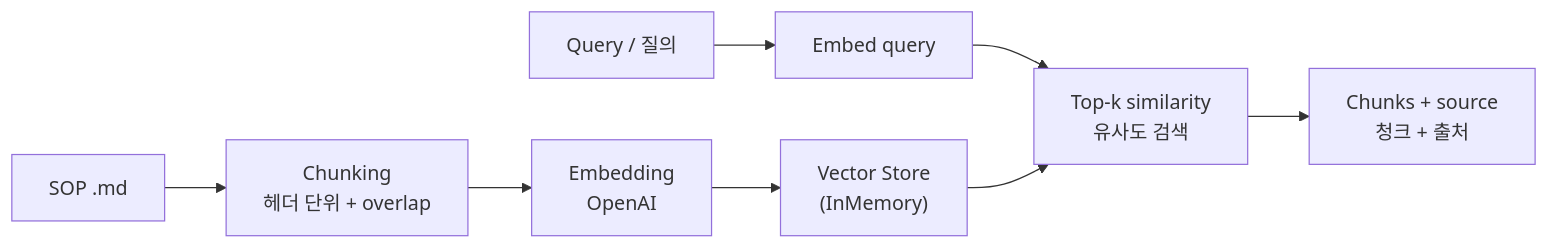
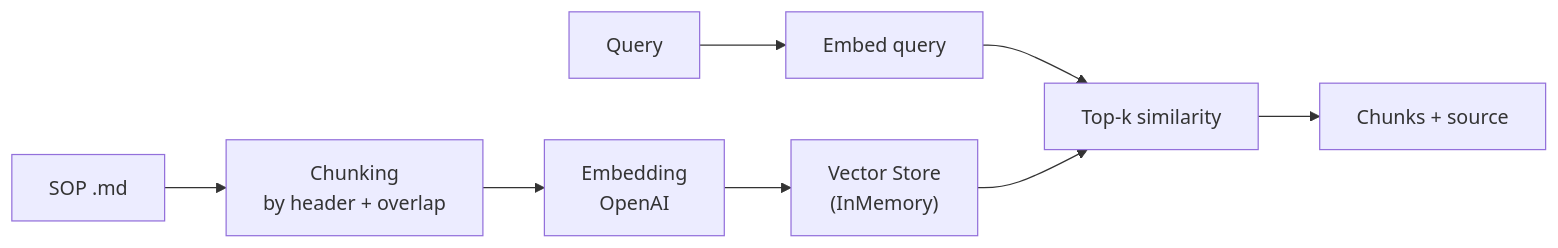
Before and after one commit to coldclosewin-design/manufacturing-ai-agent: the second of 3 diagrams in README.md, drawn with Mermaid. The commit also changed other lines of this file and 1 other file, not shown here.

````diff
--- a/README.md
+++ b/README.md
@@ -64,10 +60,10 @@
 ```mermaid
 flowchart LR
-    A["SOP .md"] --> B["Chunking<br/>헤더 단위 + overlap"]
+    A["SOP .md"] --> B["Chunking<br/>by header + overlap"]
     B --> C["Embedding<br/>OpenAI"]
     C --> D["Vector Store<br/>(InMemory)"]
-    Q["Query / 질의"] --> E["Embed query"]
-    E --> F["Top-k similarity<br/>유사도 검색"]
+    Q["Query"] --> E["Embed query"]
+    E --> F["Top-k similarity"]
     D --> F
-    F --> G["Chunks + source<br/>청크 + 출처"]
+    F --> G["Chunks + source"]
 ```
````
